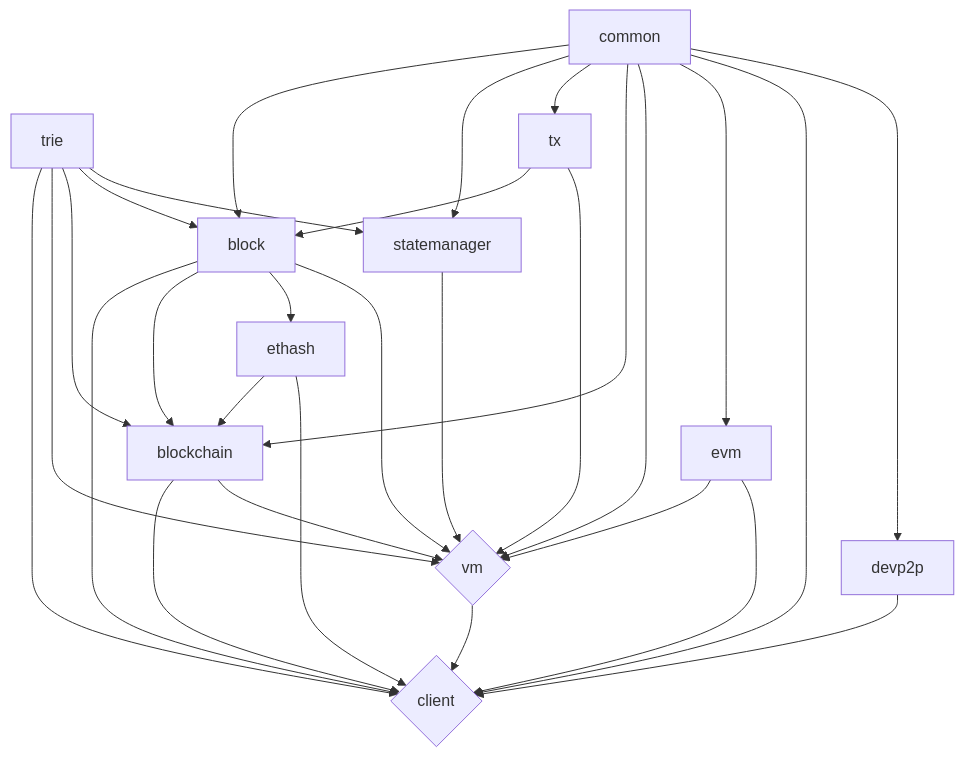
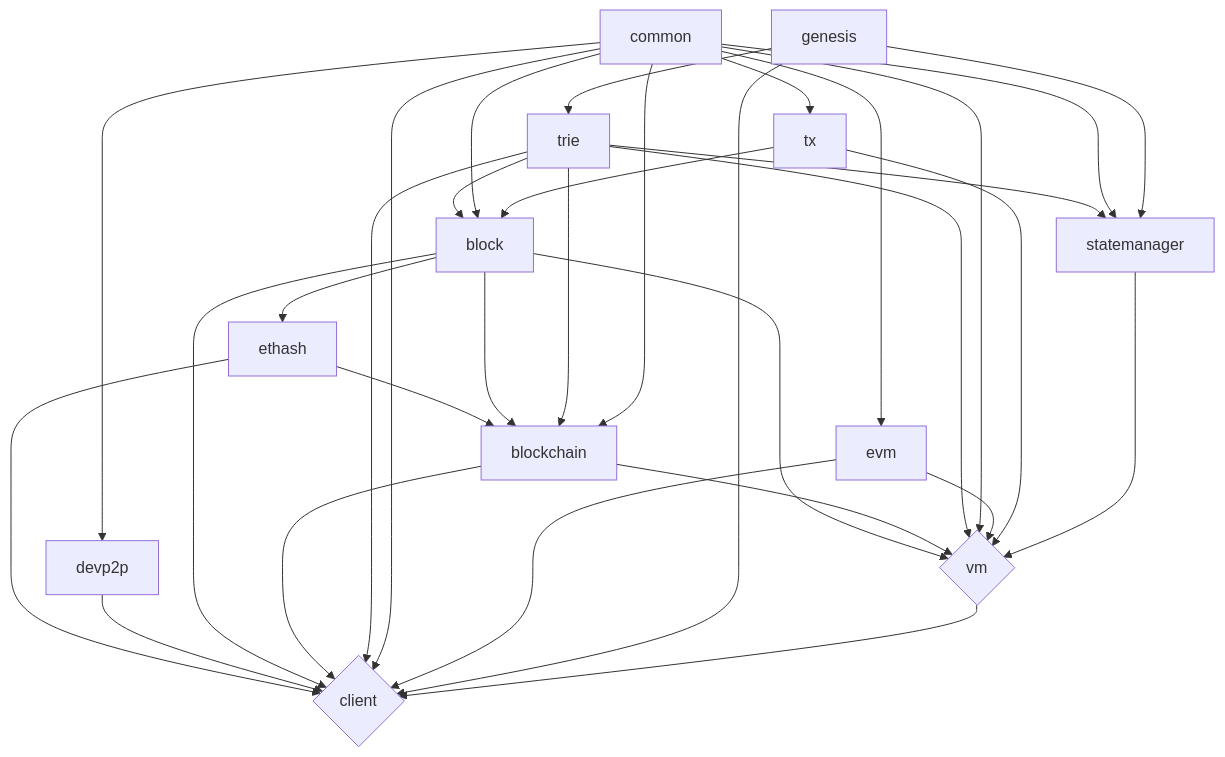
The diagram in README.md (ethereumjs/ethereumjs-monorepo), drawn with Mermaid before and after one commit. The commit also changed other lines of this file, not shown here.

Commit message:
monorepo: add genesis to readme

````diff
--- a/README.md
+++ b/README.md
@@ -60,33 +61,36 @@
 ```mermaid
  graph TD
    vm{vm}
    client{client}
    ethash --> blockchain
    ethash --> client
    devp2p --> client
    block --> client
    block --> blockchain
    block --> ethash
    block --> vm
    blockchain --> client
    blockchain --> vm
    trie --> client
    trie --> vm
    trie --> blockchain
    trie --> block
    trie --> statemanager
    common --> block
    common --> statemanager
    common --> tx
    common --> blockchain
    common --> vm
    common --> evm
    common --> client
    common --> devp2p
    evm --> vm
    evm --> client
+   genesis --> client
+   genesis --> statemanager
+   genesis --> trie
    tx --> block
    tx --> vm
    vm --> client
    statemanager --> vm
 ```
````
